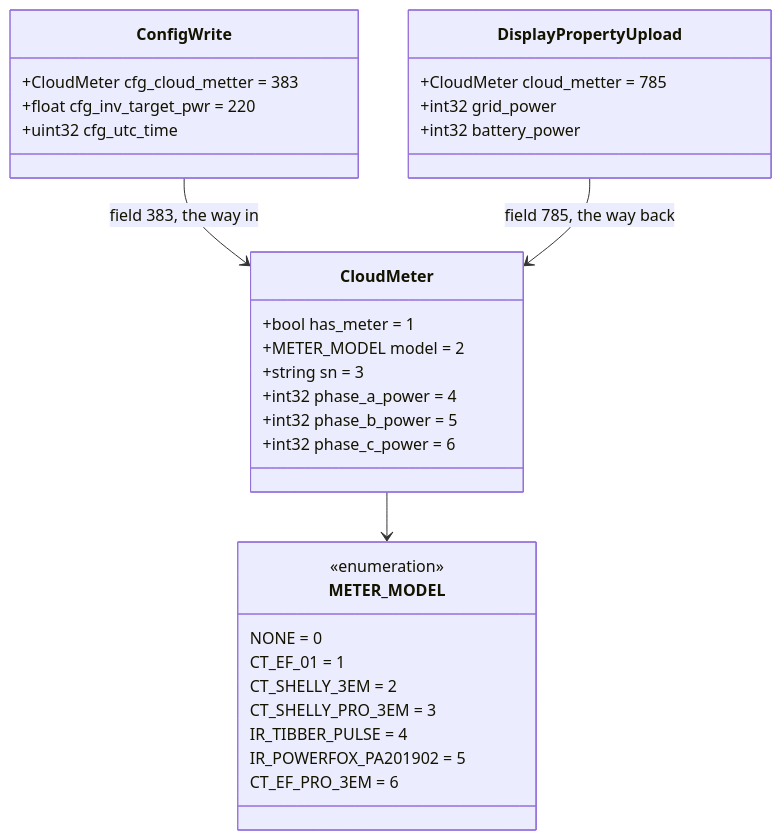
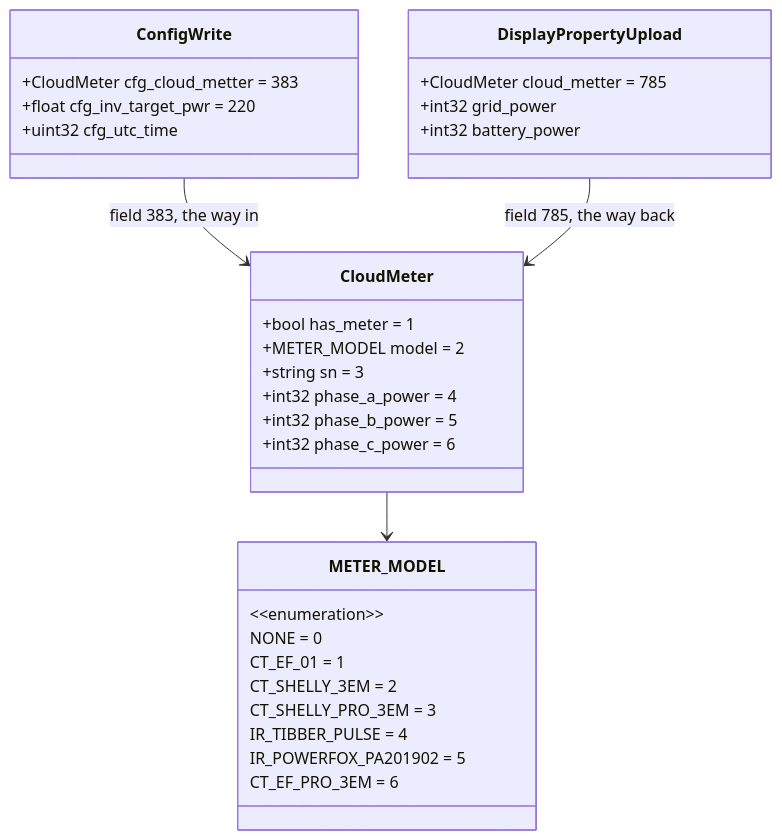
Before and after one commit to phoinixgrr/mastori: the third of 17 diagrams in content/posts/ecoflow-zero-export-ble-meter-injection/index.md, drawn with Mermaid. The commit also changed other lines of this file, not shown here.

First line of the commit message:
Escape <br/> and <<enumeration>> inside mermaid blocks

```diff
--- a/content/posts/ecoflow-zero-export-ble-meter-injection/index.md
+++ b/content/posts/ecoflow-zero-export-ble-meter-injection/index.md
@@ -112,34 +112,34 @@
 {{< mermaid >}}
 classDiagram
     class ConfigWrite {
         +CloudMeter cfg_cloud_metter = 383
         +float cfg_inv_target_pwr = 220
         +uint32 cfg_utc_time
     }
     class DisplayPropertyUpload {
         +CloudMeter cloud_metter = 785
         +int32 grid_power
         +int32 battery_power
     }
     class CloudMeter {
         +bool has_meter = 1
         +METER_MODEL model = 2
         +string sn = 3
         +int32 phase_a_power = 4
         +int32 phase_b_power = 5
         +int32 phase_c_power = 6
     }
     class METER_MODEL {
-        <<enumeration>>
+        &lt;&lt;enumeration&gt;&gt;
         NONE = 0
         CT_EF_01 = 1
         CT_SHELLY_3EM = 2
         CT_SHELLY_PRO_3EM = 3
         IR_TIBBER_PULSE = 4
         IR_POWERFOX_PA201902 = 5
         CT_EF_PRO_3EM = 6
     }
     ConfigWrite --> CloudMeter : field 383, the way in
     DisplayPropertyUpload --> CloudMeter : field 785, the way back
     CloudMeter --> METER_MODEL
 {{< /mermaid >}}
```
